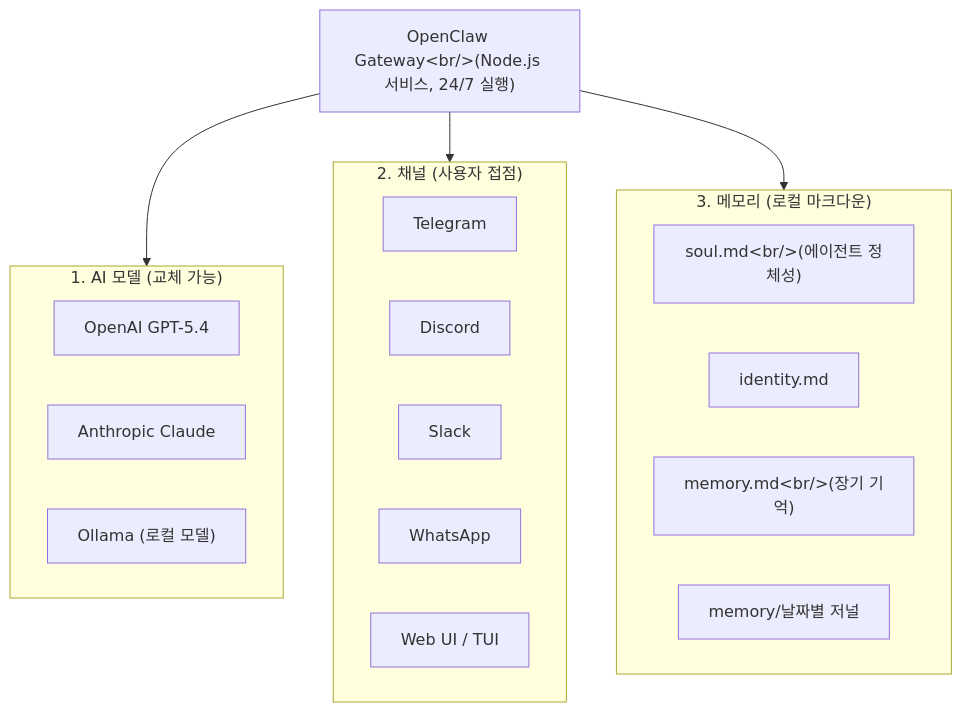
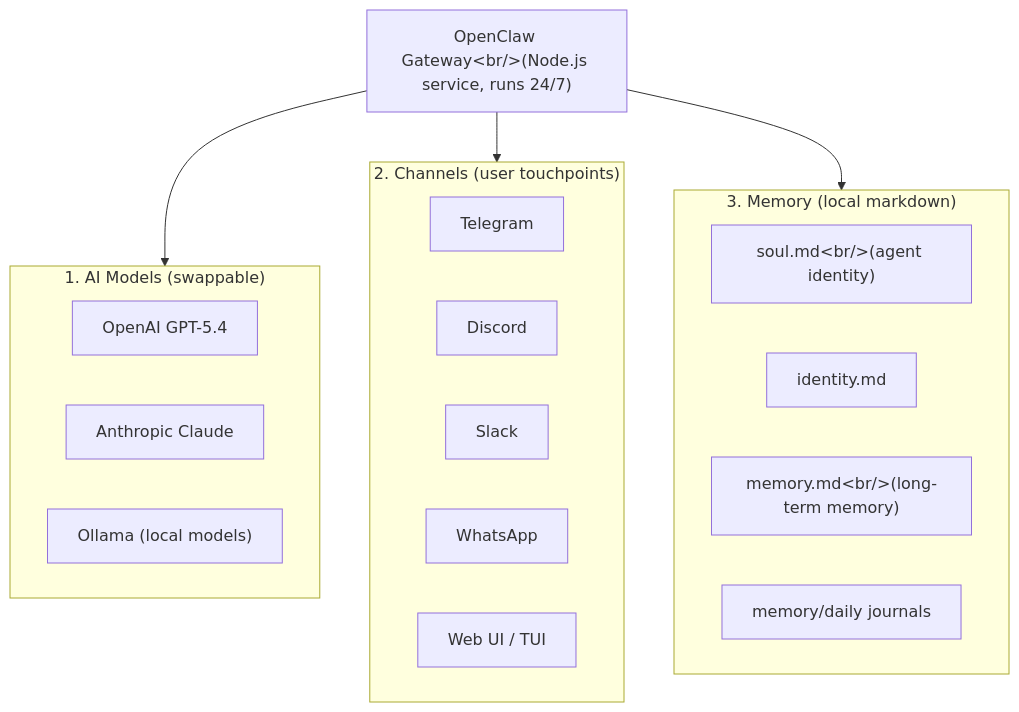
The first of 2 diagrams in content/en/posts/2026-04-02-openclaw-ai-apps.md (ice-ice-bear/ice-ice-bear.github.io), drawn with Mermaid before and after one commit. The commit also changed other lines of this file and 23 other files, not shown here.

````diff
--- a/content/en/posts/2026-04-02-openclaw-ai-apps.md
+++ b/content/en/posts/2026-04-02-openclaw-ai-apps.md
@@ -24,29 +24,29 @@
 ```mermaid
 graph TD
-    GW["OpenClaw Gateway&lt;br/&gt;(Node.js 서비스, 24/7 실행)"]
+    GW["OpenClaw Gateway&lt;br/&gt;(Node.js service, runs 24/7)"]
 
-    subgraph 모델["1. AI 모델 (교체 가능)"]
+    subgraph Models["1. AI Models (swappable)"]
         M1["OpenAI GPT-5.4"]
         M2["Anthropic Claude"]
-        M3["Ollama (로컬 모델)"]
+        M3["Ollama (local models)"]
     end
 
-    subgraph 채널["2. 채널 (사용자 접점)"]
+    subgraph Channels["2. Channels (user touchpoints)"]
         C1["Telegram"]
         C2["Discord"]
         C3["Slack"]
         C4["WhatsApp"]
         C5["Web UI / TUI"]
     end
 
-    subgraph 메모리["3. 메모리 (로컬 마크다운)"]
-        S1["soul.md&lt;br/&gt;(에이전트 정체성)"]
+    subgraph Memory["3. Memory (local markdown)"]
+        S1["soul.md&lt;br/&gt;(agent identity)"]
         S2["identity.md"]
-        S3["memory.md&lt;br/&gt;(장기 기억)"]
-        S4["memory/날짜별 저널"]
+        S3["memory.md&lt;br/&gt;(long-term memory)"]
+        S4["memory/daily journals"]
     end
 
-    GW --> 모델
-    GW --> 채널
-    GW --> 메모리
+    GW --> Models
+    GW --> Channels
+    GW --> Memory
 ```
````
